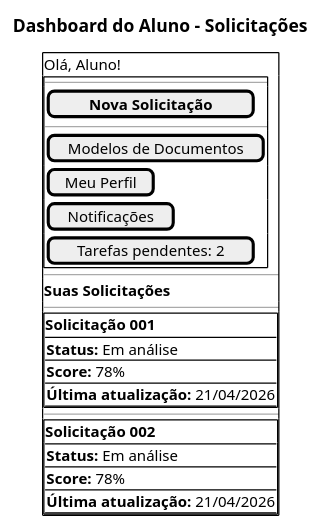
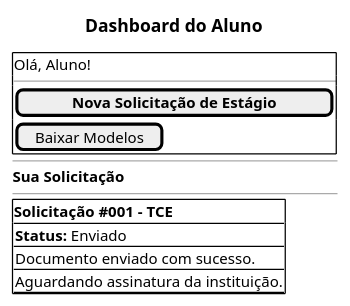
Before and after one commit to mgff01/back-end_vercel: the second of 8 diagrams in mkdocs/Iniciacao/prototipo_baixa_fidelidade.md, drawn with PlantUML. The commit also changed other lines of this file, not shown here.

````diff
--- a/mkdocs/Iniciacao/prototipo_baixa_fidelidade.md
+++ b/mkdocs/Iniciacao/prototipo_baixa_fidelidade.md
@@ -56,40 +52,25 @@
 ```plantuml
 @startsalt
-title Dashboard do Aluno - Solicitações
+title Dashboard do Aluno
 
 {
   {+
     Olá, Aluno!
-    {+
     --
-      [**Nova Solicitação**]
-      --
-      [Modelos de Documentos]
-      [Meu Perfil]
-      [Notificações]
-      [Tarefas pendentes: 2]
-    }
-    --
-    **Suas Solicitações**
-    --
-    {+
-      **Solicitação 001**
-      {-
-        **Status:** Em análise
-        **Score:** 78%
-        **Última atualização:** 21/04/2026
-      }
-    }
-    --
-    {+
-      **Solicitação 002**
-      {-
-        **Status:** Em análise
-        **Score:** 78%
-        **Última atualização:** 21/04/2026
-      }
+    [**Nova Solicitação de Estágio**]
+    [Baixar Modelos]
+  }
+  --
+  **Sua Solicitação**
+  --
+  {+
+    **Solicitação #001 - TCE**
+    {-
+      **Status:** Enviado
+      Documento enviado com sucesso.
+      Aguardando assinatura da instituição.
     }
   }
 }
 @endsalt
 ```
````
